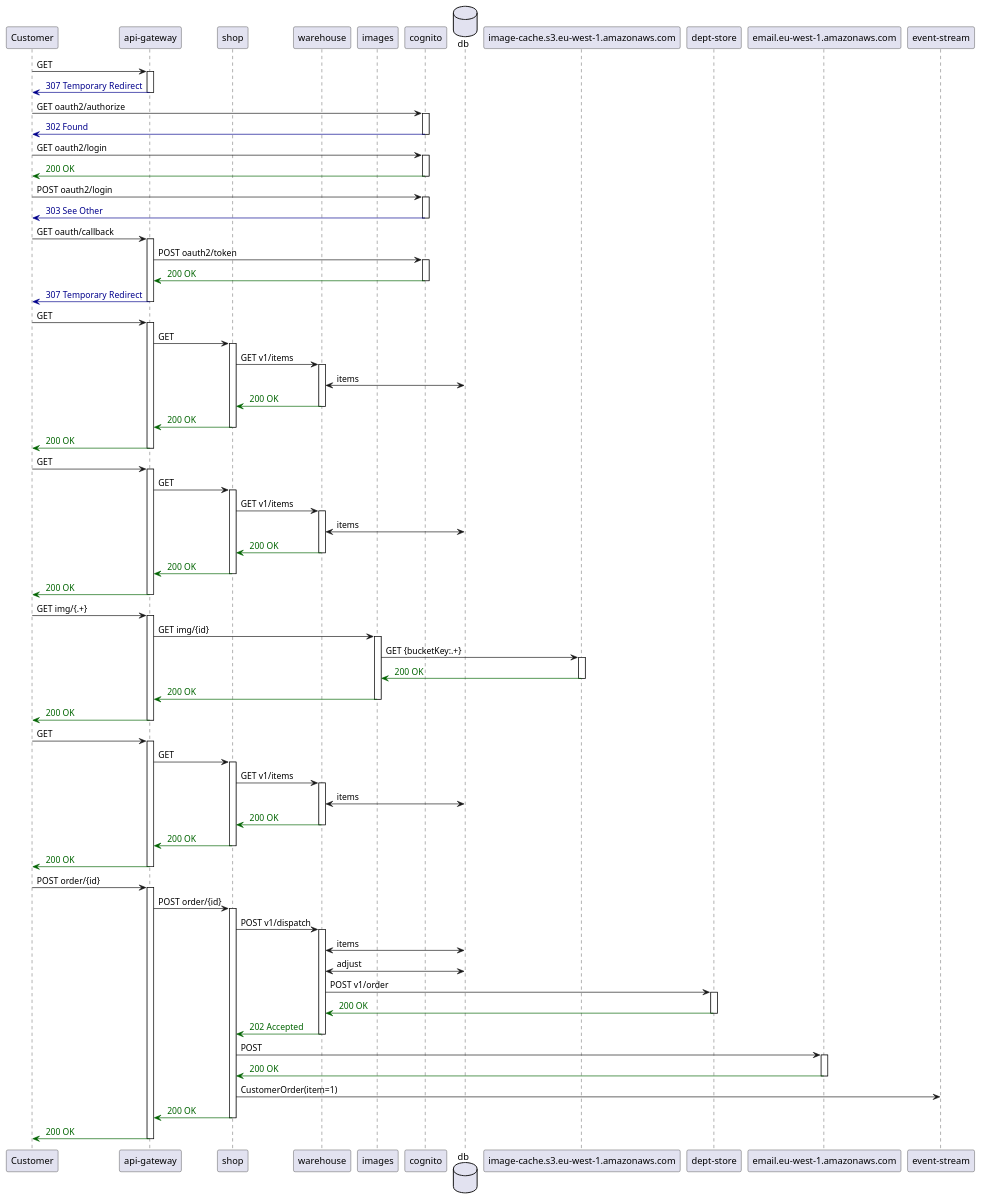
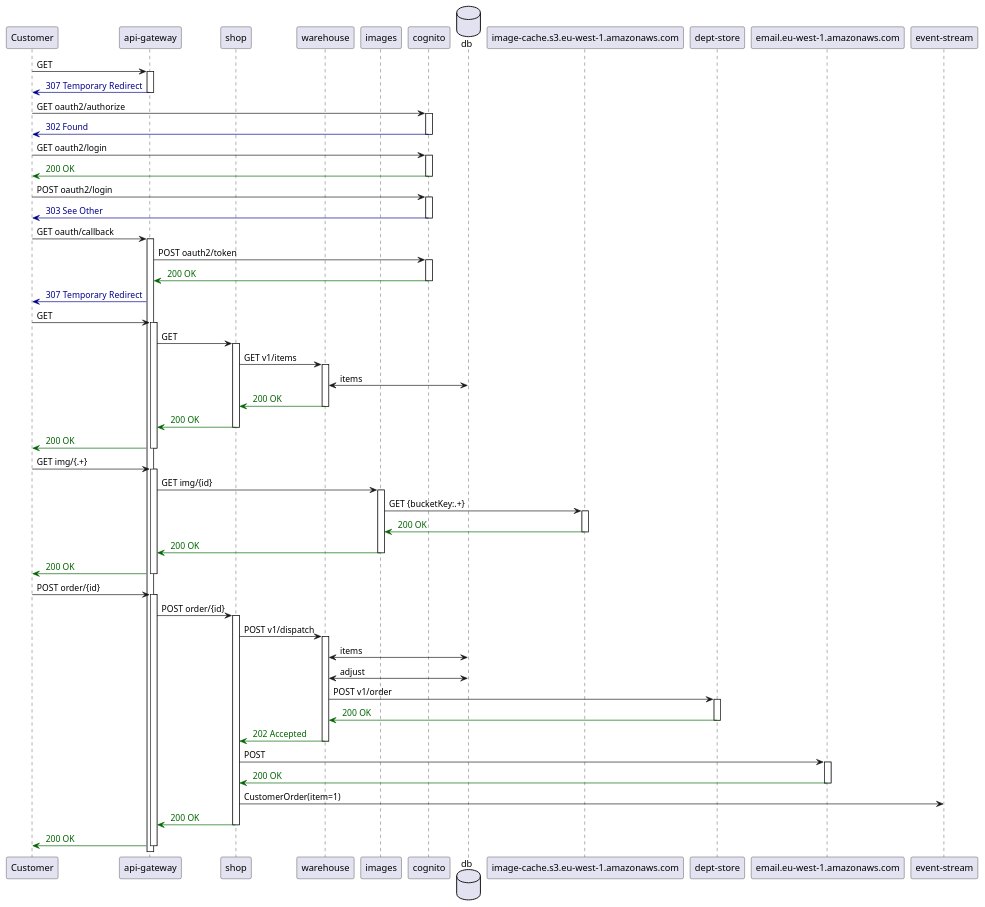
Before and after one commit to http4k/exploring-the-testing-hyperpyramid: the diagram in .presentation/.generated/InMemoryEcommerceSystemTest - can load stock list and order item - Sequence.puml, drawn with PlantUML. The commit also changed 2 other files, not shown here.

```diff
--- a/.presentation/.generated/InMemoryEcommerceSystemTest - can load stock list and order item - Sequence.puml
+++ b/.presentation/.generated/InMemoryEcommerceSystemTest - can load stock list and order item - Sequence.puml
@@ -1,119 +1,92 @@
 @startuml
 participant "Customer"
 participant "api-gateway"
 participant "shop"
 participant "warehouse"
 participant "images"
 participant "cognito"
 database "db"
 participant "image-cache.s3.eu-west-1.amazonaws.com"
 participant "dept-store"
 participant "email.eu-west-1.amazonaws.com"
 participant "event-stream"
 "Customer" -> "api-gateway": GET
 activate "api-gateway"
 
 "api-gateway" -[#DarkBlue]> "Customer": <color:DarkBlue> 307 Temporary Redirect
 deactivate "api-gateway"
 "Customer" -> "cognito": GET oauth2/authorize
 activate "cognito"
 
 "cognito" -[#DarkBlue]> "Customer": <color:DarkBlue> 302 Found
 deactivate "cognito"
 "Customer" -> "cognito": GET oauth2/login
 activate "cognito"
 
 "cognito" -[#DarkGreen]> "Customer": <color:DarkGreen> 200 OK
 deactivate "cognito"
 "Customer" -> "cognito": POST oauth2/login
 activate "cognito"
 
 "cognito" -[#DarkBlue]> "Customer": <color:DarkBlue> 303 See Other
 deactivate "cognito"
 "Customer" -> "api-gateway": GET oauth/callback
 activate "api-gateway"
 "api-gateway" -> "cognito": POST oauth2/token
 activate "cognito"
 
 "cognito" -[#DarkGreen]> "api-gateway": <color:DarkGreen> 200 OK
 deactivate "cognito"
 "api-gateway" -[#DarkBlue]> "Customer": <color:DarkBlue> 307 Temporary Redirect
-deactivate "api-gateway"
-"Customer" -> "api-gateway": GET
-activate "api-gateway"
-"api-gateway" -> "shop": GET
-activate "shop"
-"shop" -> "warehouse": GET v1/items
-activate "warehouse"
-"warehouse" <-> "db": items
-"warehouse" -[#DarkGreen]> "shop": <color:DarkGreen> 200 OK
-deactivate "warehouse"
-"shop" -[#DarkGreen]> "api-gateway": <color:DarkGreen> 200 OK
-deactivate "shop"
-"api-gateway" -[#DarkGreen]> "Customer": <color:DarkGreen> 200 OK
-deactivate "api-gateway"
 "Customer" -> "api-gateway": GET
 activate "api-gateway"
 "api-gateway" -> "shop": GET
 activate "shop"
 "shop" -> "warehouse": GET v1/items
 activate "warehouse"
 "warehouse" <-> "db": items
 "warehouse" -[#DarkGreen]> "shop": <color:DarkGreen> 200 OK
 deactivate "warehouse"
 "shop" -[#DarkGreen]> "api-gateway": <color:DarkGreen> 200 OK
 deactivate "shop"
 "api-gateway" -[#DarkGreen]> "Customer": <color:DarkGreen> 200 OK
 deactivate "api-gateway"
 "Customer" -> "api-gateway": GET img/{.+}
 activate "api-gateway"
 "api-gateway" -> "images": GET img/{id}
 activate "images"
 "images" -> "image-cache.s3.eu-west-1.amazonaws.com": GET {bucketKey:.+}
 activate "image-cache.s3.eu-west-1.amazonaws.com"
 
 "image-cache.s3.eu-west-1.amazonaws.com" -[#DarkGreen]> "images": <color:DarkGreen> 200 OK
 deactivate "image-cache.s3.eu-west-1.amazonaws.com"
 "images" -[#DarkGreen]> "api-gateway": <color:DarkGreen> 200 OK
 deactivate "images"
-"api-gateway" -[#DarkGreen]> "Customer": <color:DarkGreen> 200 OK
-deactivate "api-gateway"
-"Customer" -> "api-gateway": GET
-activate "api-gateway"
-"api-gateway" -> "shop": GET
-activate "shop"
-"shop" -> "warehouse": GET v1/items
-activate "warehouse"
-"warehouse" <-> "db": items
-"warehouse" -[#DarkGreen]> "shop": <color:DarkGreen> 200 OK
-deactivate "warehouse"
-"shop" -[#DarkGreen]> "api-gateway": <color:DarkGreen> 200 OK
-deactivate "shop"
 "api-gateway" -[#DarkGreen]> "Customer": <color:DarkGreen> 200 OK
 deactivate "api-gateway"
 "Customer" -> "api-gateway": POST order/{id}
 activate "api-gateway"
 "api-gateway" -> "shop": POST order/{id}
 activate "shop"
 "shop" -> "warehouse": POST v1/dispatch
 activate "warehouse"
 "warehouse" <-> "db": items
 "warehouse" <-> "db": adjust
 "warehouse" -> "dept-store": POST v1/order
 activate "dept-store"
 
 "dept-store" -[#DarkGreen]> "warehouse": <color:DarkGreen> 200 OK
 deactivate "dept-store"
 "warehouse" -[#DarkGreen]> "shop": <color:DarkGreen> 202 Accepted
 deactivate "warehouse"
 "shop" -> "email.eu-west-1.amazonaws.com": POST
 activate "email.eu-west-1.amazonaws.com"
 
 "email.eu-west-1.amazonaws.com" -[#DarkGreen]> "shop": <color:DarkGreen> 200 OK
 deactivate "email.eu-west-1.amazonaws.com"
 "shop" -> "event-stream": CustomerOrder(item=1)
 "shop" -[#DarkGreen]> "api-gateway": <color:DarkGreen> 200 OK
 deactivate "shop"
 "api-gateway" -[#DarkGreen]> "Customer": <color:DarkGreen> 200 OK
 deactivate "api-gateway"
 @enduml
```
